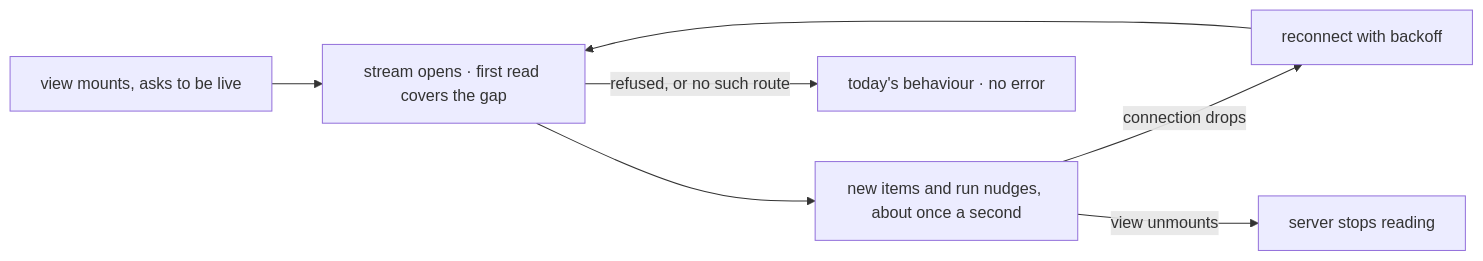
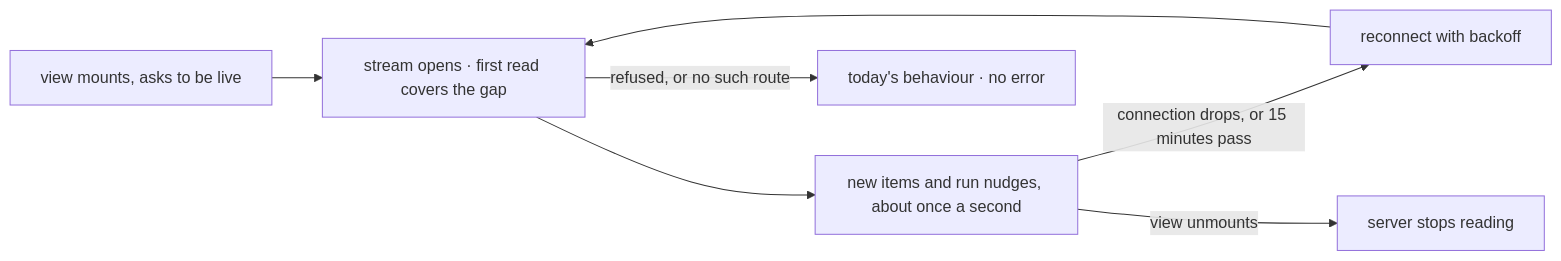
The diagram in specs/issues/FIX-1609/BUSINESS-RULES.md (fixpoint-labs/flow-state-dev), drawn with Mermaid before and after one commit. The commit also changed other lines of this file and 5 other files, not shown here.

````diff
--- a/specs/issues/FIX-1609/BUSINESS-RULES.md
+++ b/specs/issues/FIX-1609/BUSINESS-RULES.md
@@ -41,9 +44,9 @@
 ```mermaid
 flowchart LR
   M["view mounts, asks to be live"] --> O["stream opens · first read covers the gap"]
   O --> L["new items and run nudges, about once a second"]
-  L -->|"connection drops"| B["reconnect with backoff"]
+  L -->|"connection drops, or 15 minutes pass"| B["reconnect with backoff"]
   B --> O
   O -->|"refused, or no such route"| T["today's behaviour · no error"]
   L -->|"view unmounts"| X["server stops reading"]
 ```
````
